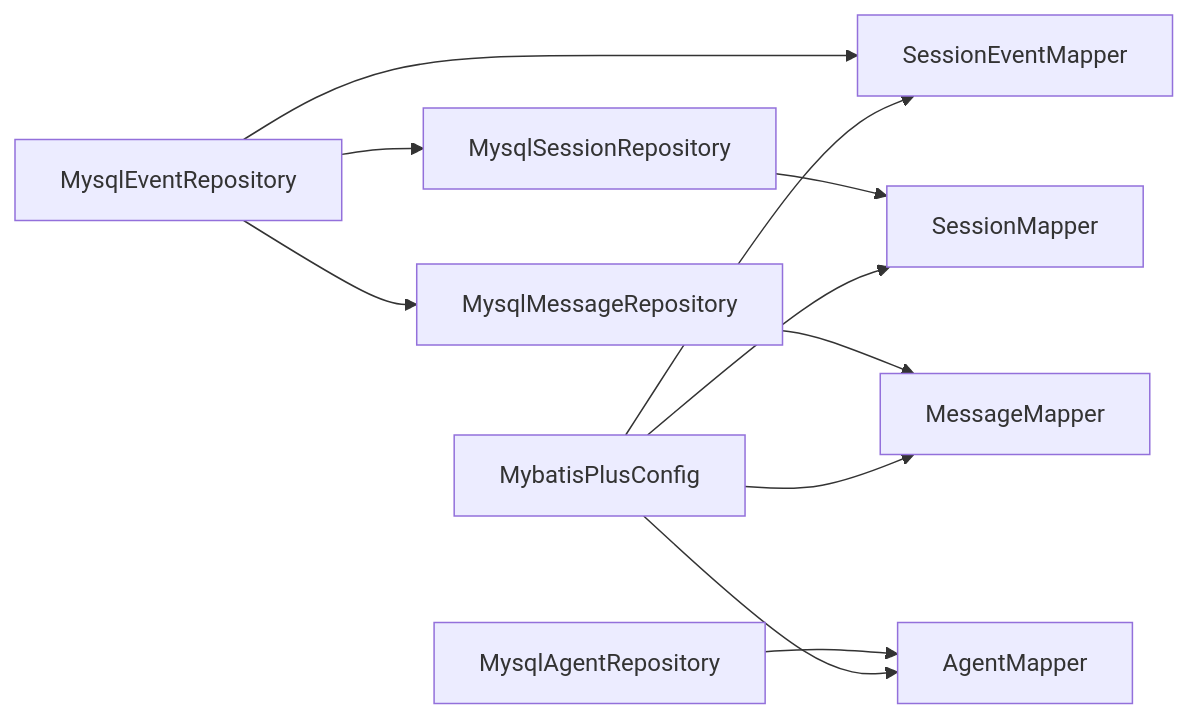
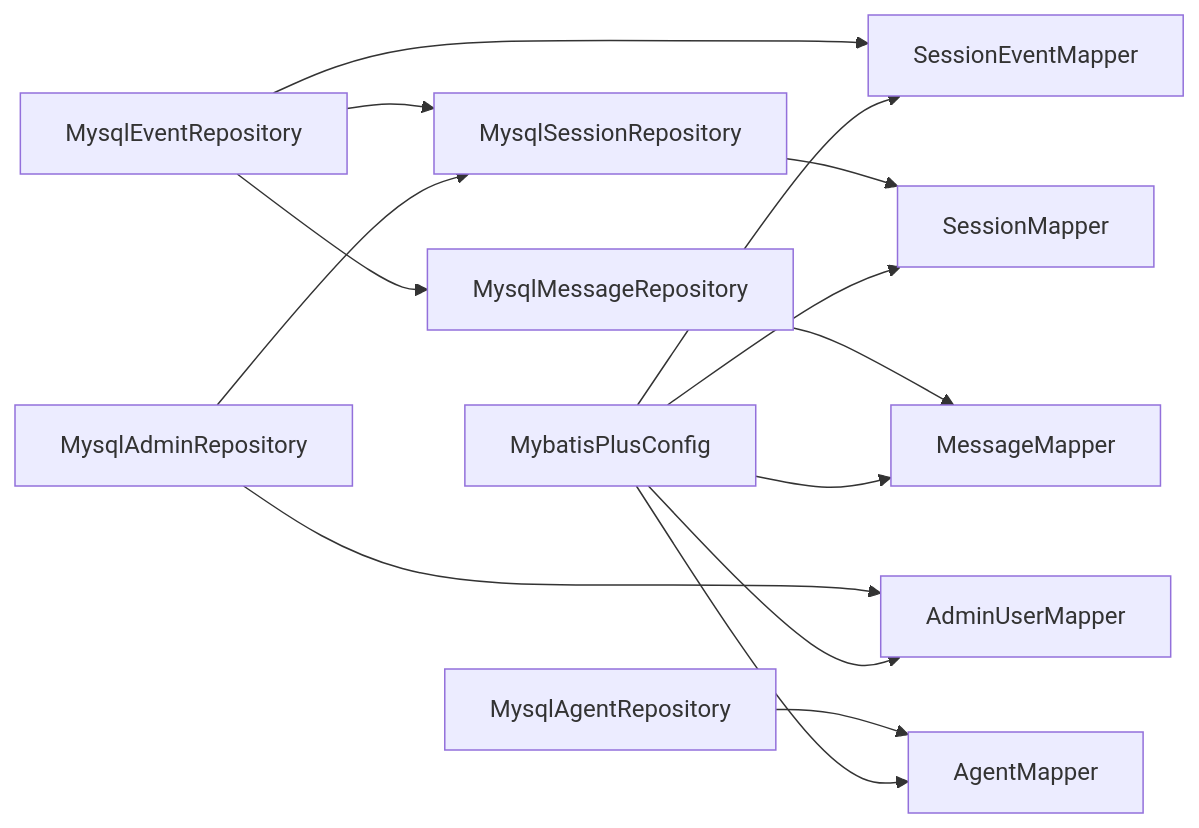
Before and after one commit to alibaba/tron-one-agent: the seventh of 7 diagrams in .qoder/repowiki/en/content/Database Schema and Data Models.md, drawn with Mermaid. The commit also changed other lines of this file and 13 other files, not shown here.

````diff
--- a/.qoder/repowiki/en/content/Database Schema and Data Models.md
+++ b/.qoder/repowiki/en/content/Database Schema and Data Models.md
@@ -304,13 +447,16 @@
 ```mermaid
 graph LR
 REPO_AG["MysqlAgentRepository"] --> MAP_A["AgentMapper"]
 REPO_SESS["MysqlSessionRepository"] --> MAP_S["SessionMapper"]
 REPO_MSG["MysqlMessageRepository"] --> MAP_M["MessageMapper"]
 REPO_EVT["MysqlEventRepository"] --> MAP_EVT["SessionEventMapper"]
+REPO_ADM["MysqlAdminRepository"] --> MAP_ADM["AdminUserMapper"]
 REPO_EVT --> REPO_SESS
 REPO_EVT --> REPO_MSG
+REPO_ADM --> REPO_SESS
 CFG["MybatisPlusConfig"] --> MAP_A
 CFG --> MAP_S
 CFG --> MAP_M
 CFG --> MAP_EVT
+CFG --> MAP_ADM
 ```
````
